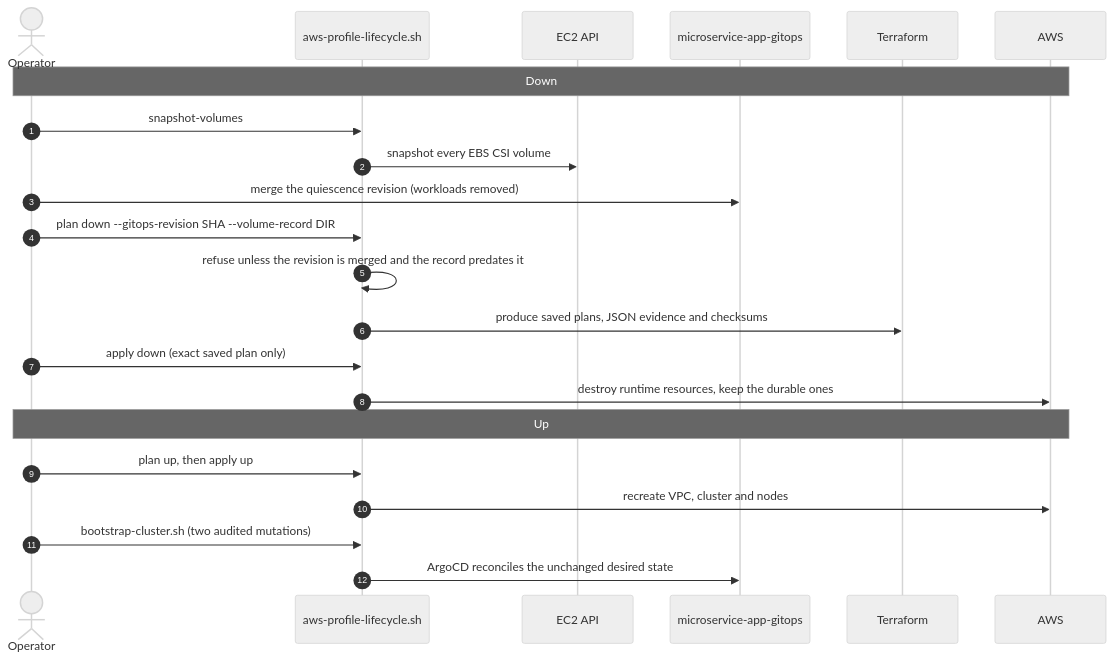
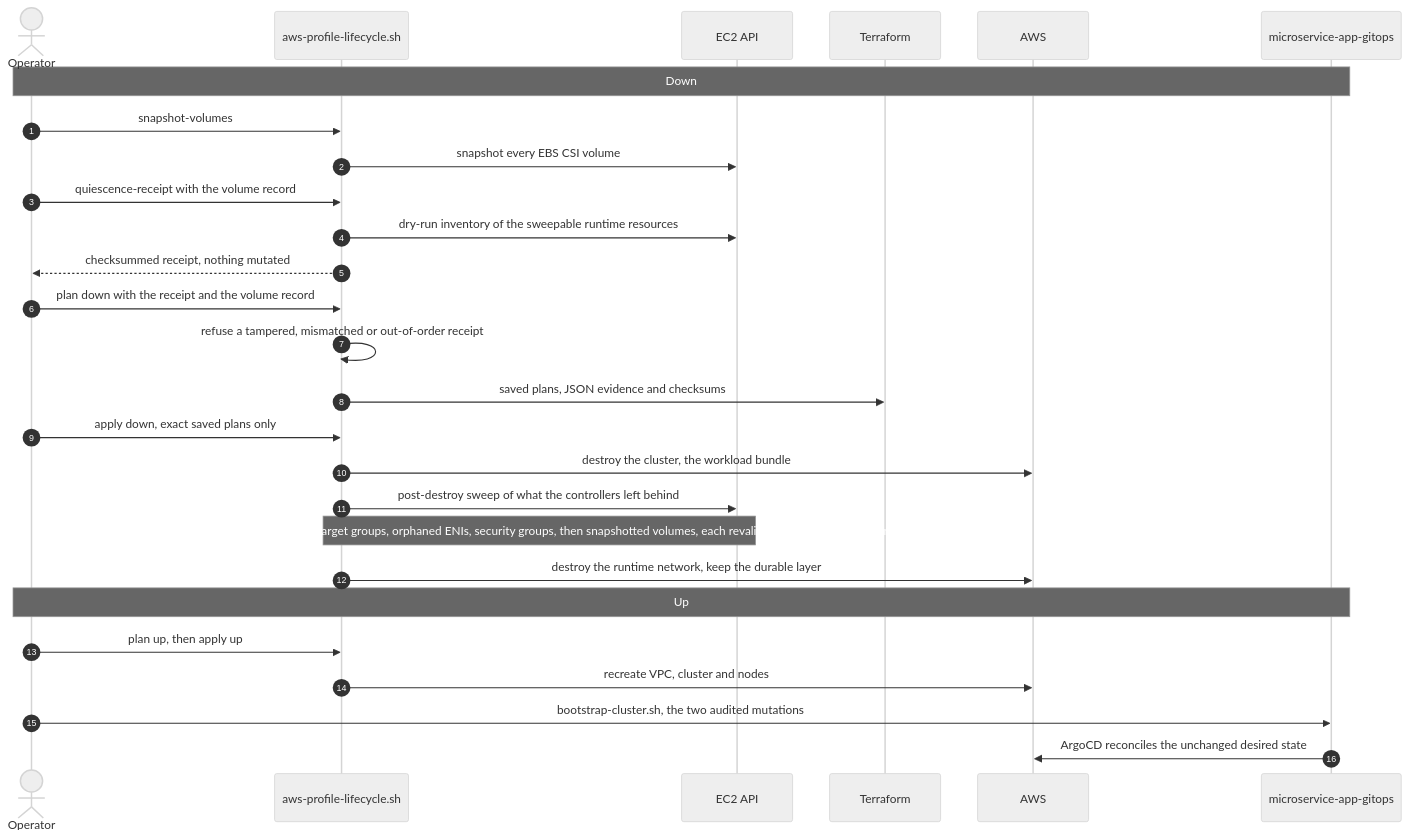
Before and after one commit to MicroTodoSuite/microservice-app-docs: the fifth of 6 diagrams in docs/Sequence diagrams.md, drawn with Mermaid (neutral theme). The commit also changed other lines of this file and 5 other files, not shown here.

First line of the commit message:
docs(diagrams): complete the diagram set in draw.io (#60)

````diff
--- a/docs/Sequence diagrams.md
+++ b/docs/Sequence diagrams.md
@@ -128,25 +133,30 @@
 ```mermaid
 sequenceDiagram
     autonumber
     actor Op as Operator
     participant LC as aws-profile-lifecycle.sh
     participant EC2 as EC2 API
-    participant GO as microservice-app-gitops
     participant TF as Terraform
     participant AWS as AWS
+    participant GO as microservice-app-gitops
 
-    Note over Op,AWS: Down
+    Note over Op,GO: Down
     Op->>LC: snapshot-volumes
     LC->>EC2: snapshot every EBS CSI volume
-    Op->>GO: merge the quiescence revision (workloads removed)
-    Op->>LC: plan down --gitops-revision SHA --volume-record DIR
-    LC->>LC: refuse unless the revision is merged and the record predates it
-    LC->>TF: produce saved plans, JSON evidence and checksums
-    Op->>LC: apply down (exact saved plan only)
-    LC->>AWS: destroy runtime resources, keep the durable ones
-    Note over Op,AWS: Up
+    Op->>LC: quiescence-receipt with the volume record
+    LC->>EC2: dry-run inventory of the sweepable runtime resources
+    LC-->>Op: checksummed receipt, nothing mutated
+    Op->>LC: plan down with the receipt and the volume record
+    LC->>LC: refuse a tampered, mismatched or out-of-order receipt
+    LC->>TF: saved plans, JSON evidence and checksums
+    Op->>LC: apply down, exact saved plans only
+    LC->>AWS: destroy the cluster, the workload bundle
+    LC->>EC2: post-destroy sweep of what the controllers left behind
+    Note over LC,EC2: listeners, load balancers, target groups, orphaned ENIs, security groups, then snapshotted volumes, each revalidated just before deletion
+    LC->>AWS: destroy the runtime network, keep the durable layer
+    Note over Op,GO: Up
     Op->>LC: plan up, then apply up
     LC->>AWS: recreate VPC, cluster and nodes
-    Op->>LC: bootstrap-cluster.sh (two audited mutations)
-    LC->>GO: ArgoCD reconciles the unchanged desired state
+    Op->>GO: bootstrap-cluster.sh, the two audited mutations
+    GO->>AWS: ArgoCD reconciles the unchanged desired state
 ```
````
